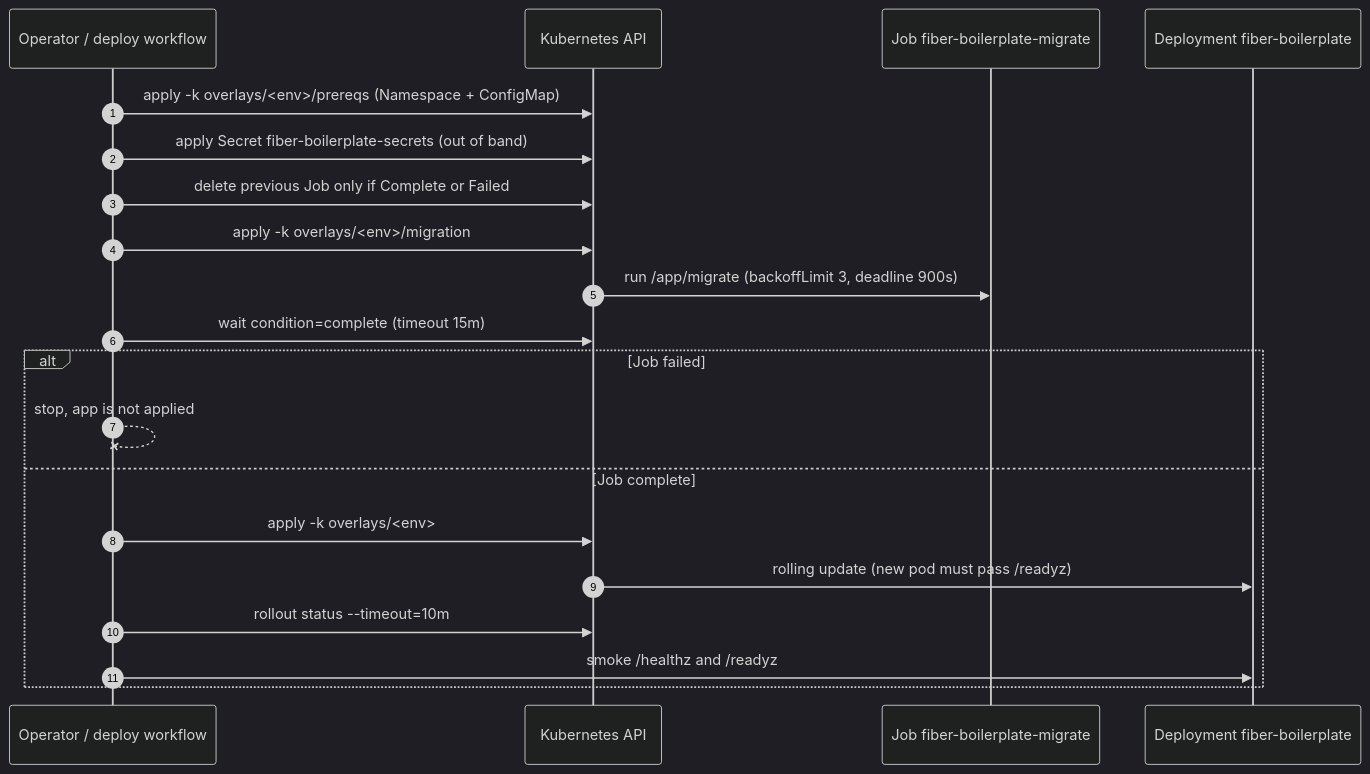
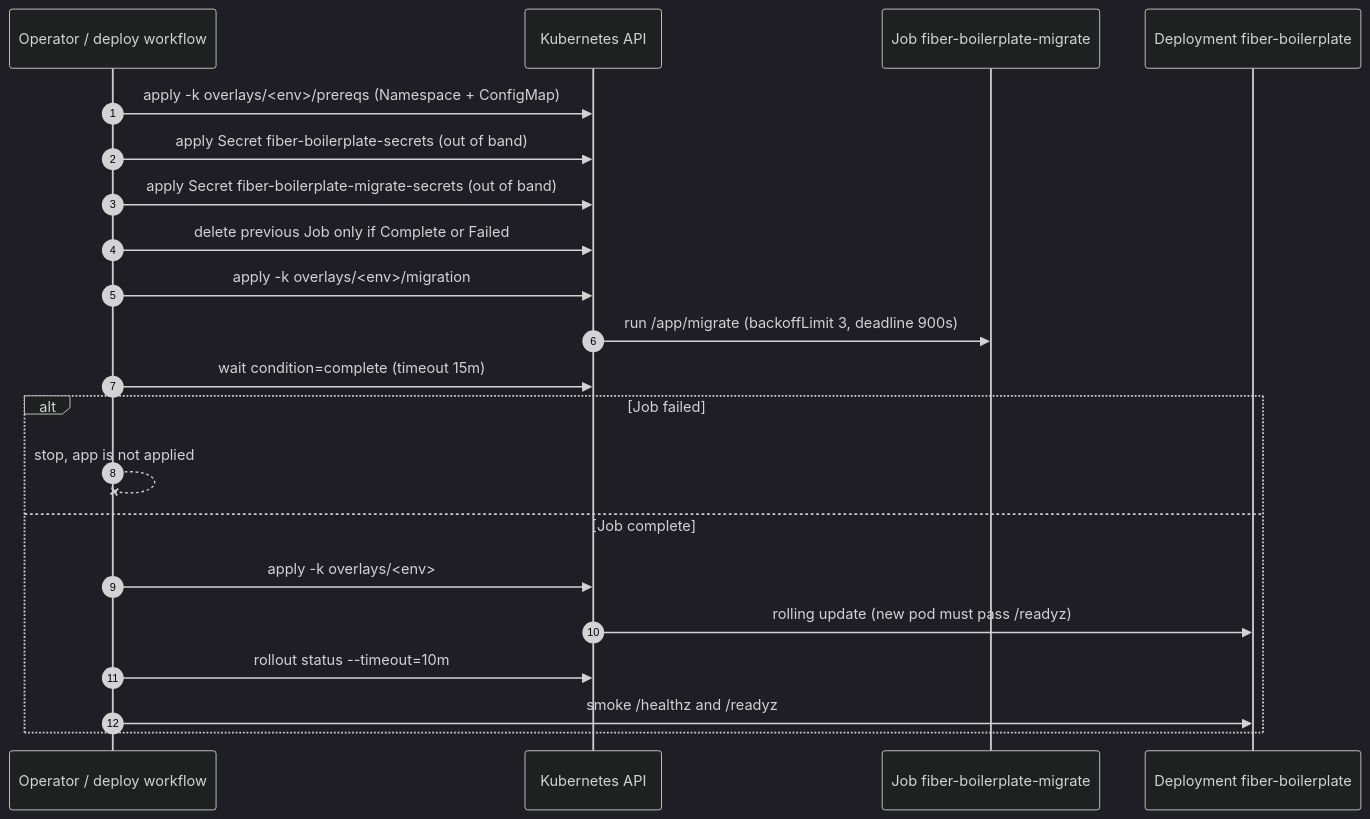
One commit to chuanghiduoc/fiber-golang-boilerplate changed the third of 4 diagrams in deploy/k8s/README.md. Above: the diagram before and after it, drawn with Mermaid (dark theme). The commit also changed other lines of this file and 90 other files, not shown here.

First line of the commit message:
fix(platform): migrate-secret split, RLS role checks, job lease cancel, webhook rotation grace, arch guards (#125)

````diff
--- a/deploy/k8s/README.md
+++ b/deploy/k8s/README.md
@@ -122,22 +125,23 @@
 ```mermaid
 sequenceDiagram
     autonumber
     participant Op as Operator / deploy workflow
     participant K as Kubernetes API
     participant J as Job fiber-boilerplate-migrate
     participant D as Deployment fiber-boilerplate
     Op->>K: apply -k overlays/<env>/prereqs (Namespace + ConfigMap)
     Op->>K: apply Secret fiber-boilerplate-secrets (out of band)
+    Op->>K: apply Secret fiber-boilerplate-migrate-secrets (out of band)
     Op->>K: delete previous Job only if Complete or Failed
     Op->>K: apply -k overlays/<env>/migration
     K->>J: run /app/migrate (backoffLimit 3, deadline 900s)
     Op->>K: wait condition=complete (timeout 15m)
     alt Job failed
         Op--xOp: stop, app is not applied
     else Job complete
         Op->>K: apply -k overlays/<env>
         K->>D: rolling update (new pod must pass /readyz)
         Op->>K: rollout status --timeout=10m
         Op->>D: smoke /healthz and /readyz
     end
 ```
````
